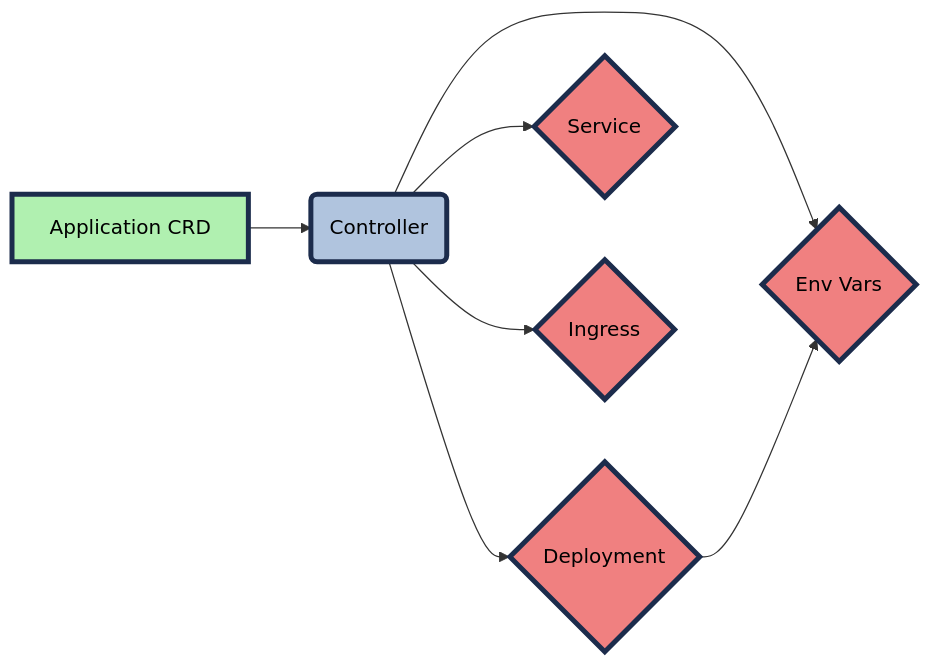
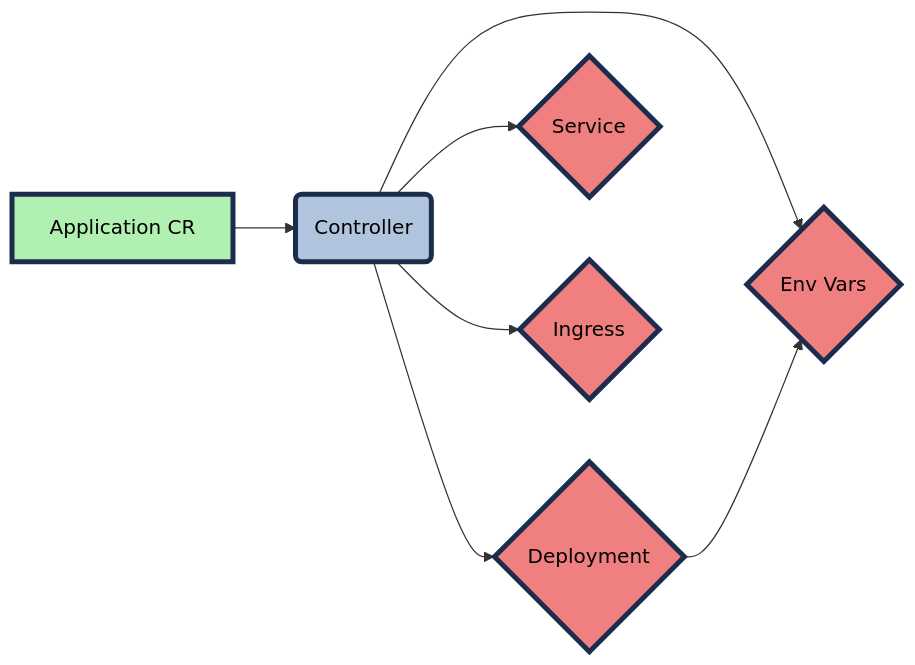
The diagram in README.md (sakiib/application-lifecycle-manager), drawn with Mermaid before and after one commit.

Commit message:
fix lint errors

````diff
--- a/README.md
+++ b/README.md
@@ -63,15 +63,15 @@
 ```mermaid
 graph LR
-    A[Application CRD] --> B(Controller);
+    A[Application CR] --> B(Controller);
     B --> C{Deployment};
     B --> D{Service};
     B --> E{Ingress};
     B --> F{Env Vars};
     C --> F{Env Vars};
     style A fill:#b0f0b0,stroke:#1c2c4c,stroke-width:4px,color:#000
     style B fill:#b0c4de,stroke:#1c2c4c,stroke-width:4px,color:#000
     style C fill:#f08080,stroke:#1c2c4c,stroke-width:4px,color:#000
     style D fill:#f08080,stroke:#1c2c4c,stroke-width:4px,color:#000
     style E fill:#f08080,stroke:#1c2c4c,stroke-width:4px,color:#000
     style F fill:#f08080,stroke:#1c2c4c,stroke-width:4px,color:#000
 ```
````
